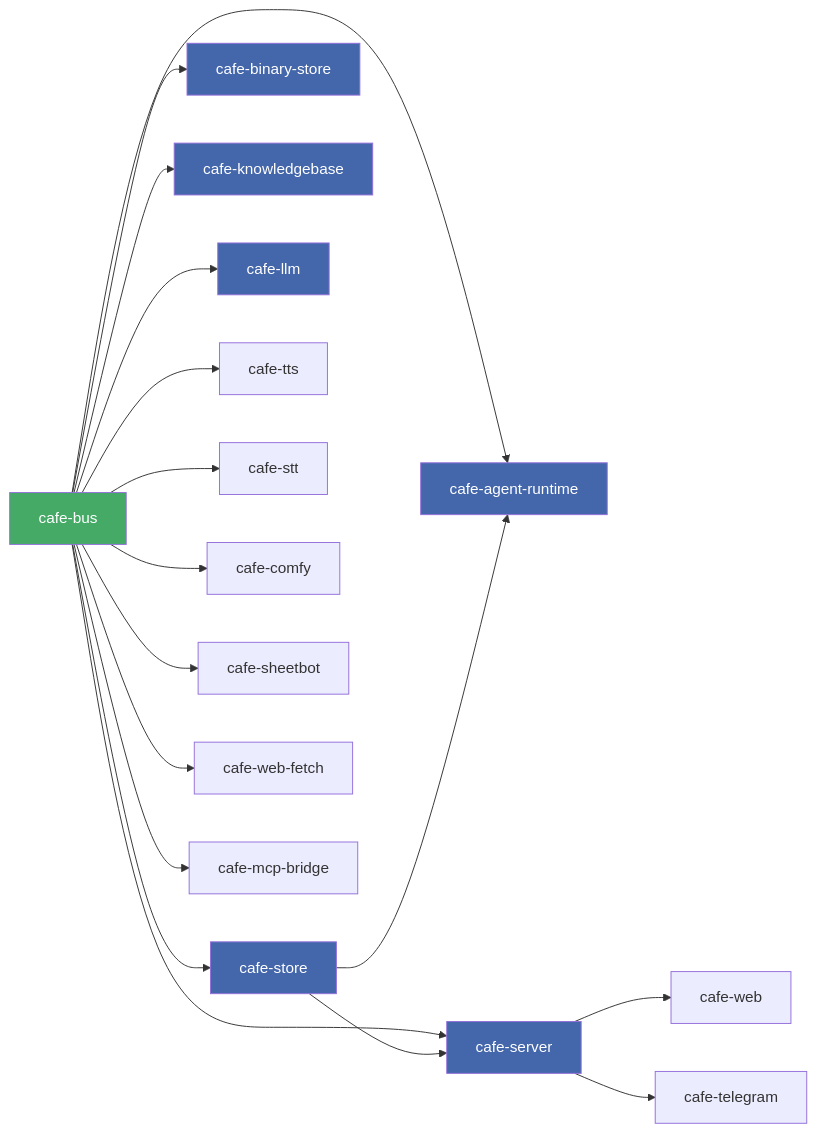
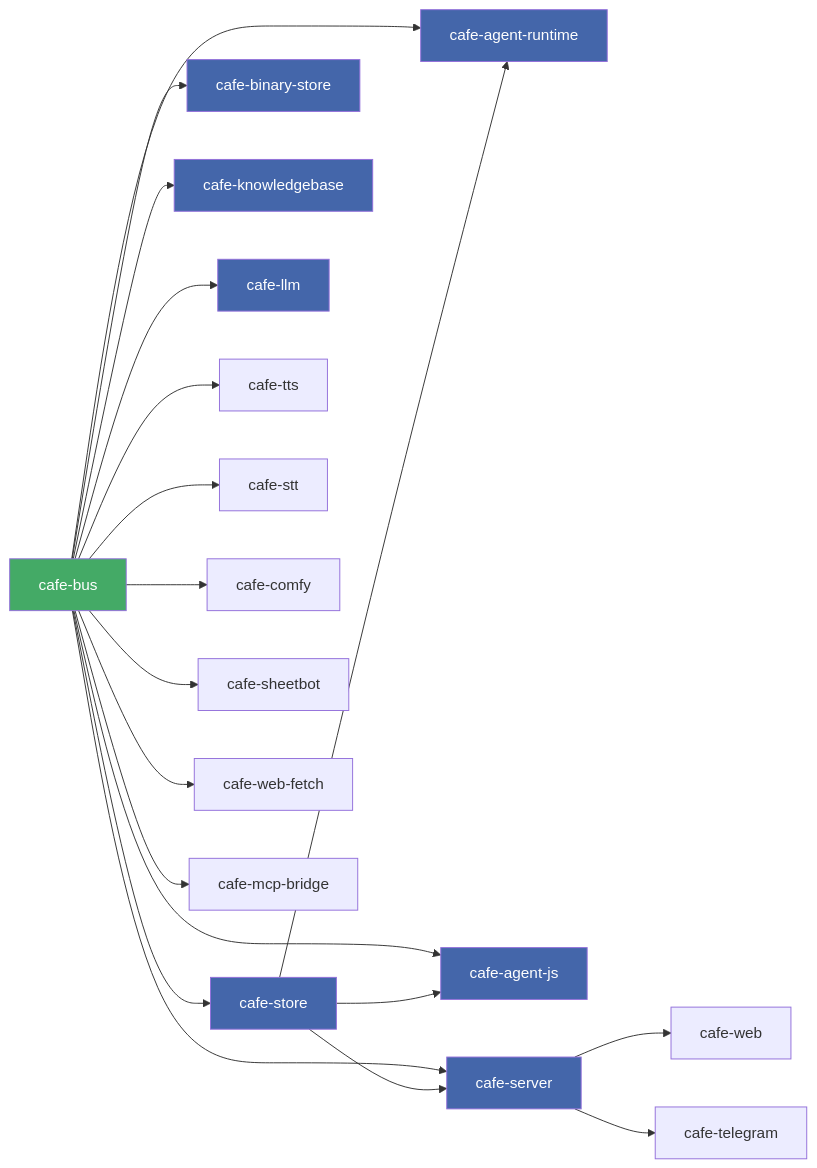
The third of 3 diagrams in docs/architecture.md (jorisvddonk/ObservableCAFEv2), drawn with Mermaid before and after one commit. The commit also changed other lines of this file and 36 other files, not shown here.

First line of the commit message:
feat: pure-JS agent orchestration via cafe-agent-js

````diff
--- a/docs/architecture.md
+++ b/docs/architecture.md
@@ -93,27 +95,30 @@
 ```mermaid
 graph LR
     bus[cafe-bus] --> store[cafe-store]
     bus --> bstore[cafe-binary-store]
     bus --> kb[cafe-knowledgebase]
     bus --> llm[cafe-llm]
     bus --> agent[cafe-agent-runtime]
+    bus --> jsagent[cafe-agent-js]
     bus --> tts[cafe-tts]
     bus --> stt[cafe-stt]
     bus --> comfy[cafe-comfy]
     bus --> sheet[cafe-sheetbot]
     bus --> fetch[cafe-web-fetch]
     bus --> mcp[cafe-mcp-bridge]
     bus --> server[cafe-server]
     store --> agent
+    store --> jsagent
     store --> server
     server --> web[cafe-web]
     server --> tg[cafe-telegram]
 
     style bus fill:#4a6,color:#fff
     style store fill:#46a,color:#fff
     style bstore fill:#46a,color:#fff
     style kb fill:#46a,color:#fff
     style llm fill:#46a,color:#fff
     style agent fill:#46a,color:#fff
+    style jsagent fill:#46a,color:#fff
     style server fill:#46a,color:#fff
 ```
````
